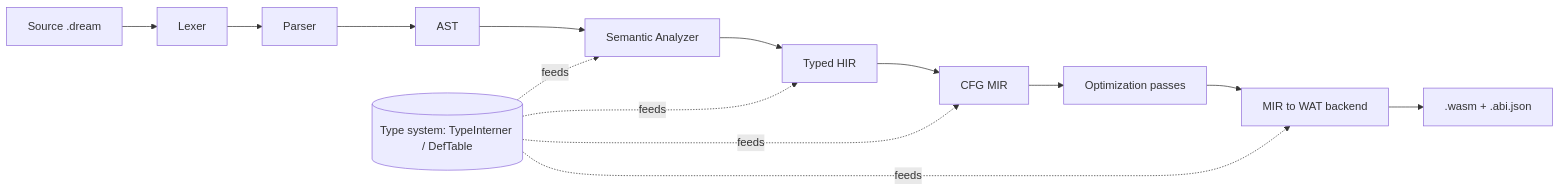
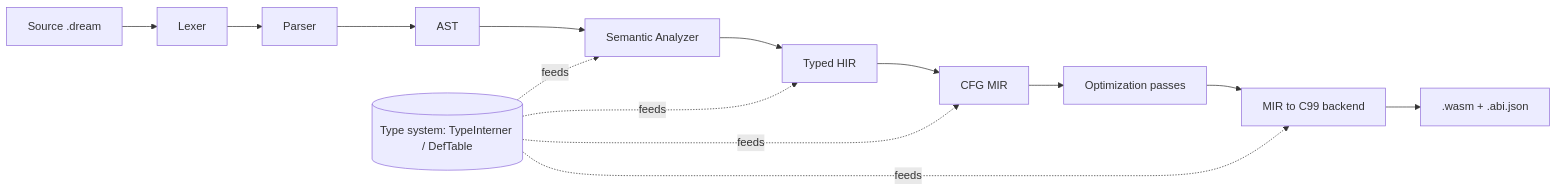
Before and after one commit to sps014/dream: the first of 2 diagrams in docs/internals/README.md, drawn with Mermaid. The commit also changed other lines of this file and 105 other files, not shown here.

````diff
--- a/docs/internals/README.md
+++ b/docs/internals/README.md
@@ -38,17 +38,17 @@
 ```mermaid
 flowchart LR
     SRC[Source .dream] --> LEX[Lexer]
     LEX --> PAR[Parser]
     PAR --> AST[AST]
     AST --> SEMA[Semantic Analyzer]
     SEMA --> HIR[Typed HIR]
     HIR --> MIR[CFG MIR]
     MIR --> OPT[Optimization passes]
-    OPT --> WAT[MIR to WAT backend]
-    WAT --> WASM[.wasm + .abi.json]
+    OPT --> C99[MIR to C99 backend]
+    C99 --> WASM[.wasm + .abi.json]
 
     TYPES[(Type system: TypeInterner / DefTable)] -.feeds.-> SEMA
     TYPES -.feeds.-> HIR
     TYPES -.feeds.-> MIR
-    TYPES -.feeds.-> WAT
+    TYPES -.feeds.-> C99
 ```
````
